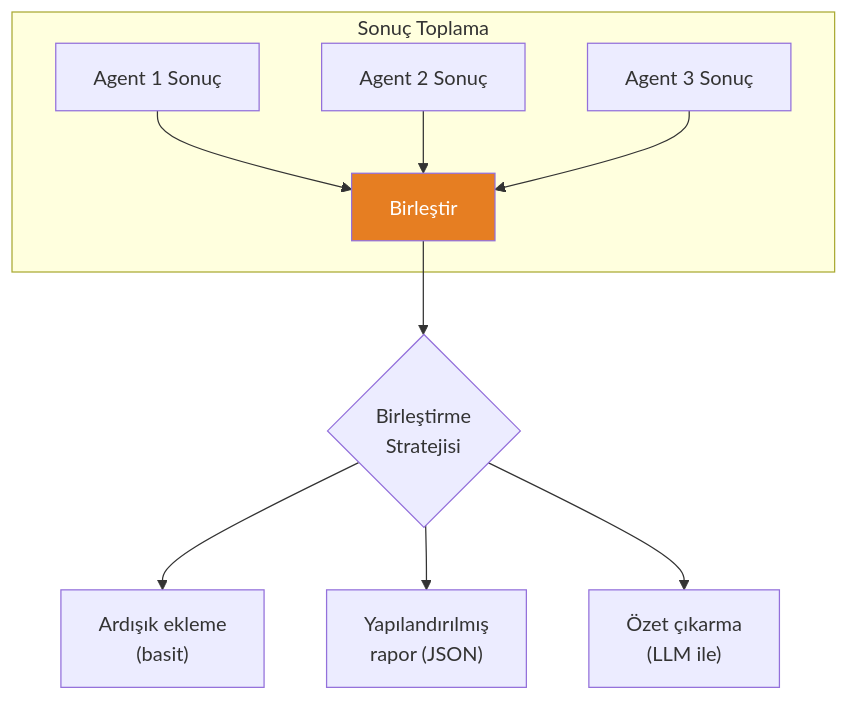
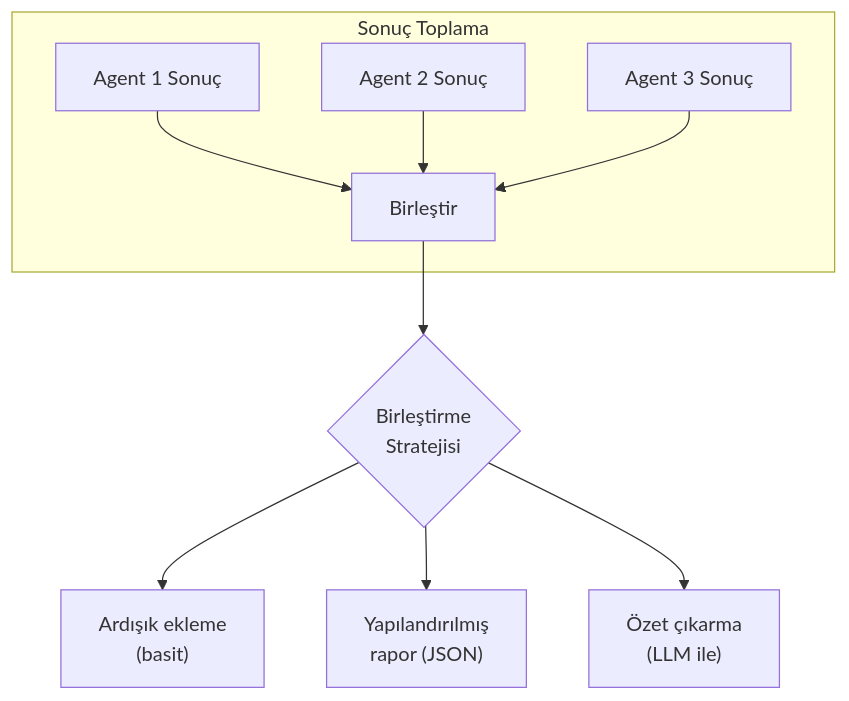
One commit to IzzetYasinAtes/ClaudeCodeHandbook changed the sixth of 7 diagrams in 13-subagentlar-ve-agent-takimlari/05-agent-tool-kullanimi.md. Above: the diagram before and after it, drawn with Mermaid. The commit also changed other lines of this file and 97 other files, not shown here.

Commit message:
Remove all custom Mermaid style/fill colors from 98 markdown files for consistent dark theme rendering

````diff
--- a/13-subagentlar-ve-agent-takimlari/05-agent-tool-kullanimi.md
+++ b/13-subagentlar-ve-agent-takimlari/05-agent-tool-kullanimi.md
@@ -568,16 +560,15 @@
 ```mermaid
 flowchart TD
     subgraph collect ["Sonuç Toplama"]
         R1["Agent 1 Sonuç"] --> MERGE["Birleştir"]
         R2["Agent 2 Sonuç"] --> MERGE
         R3["Agent 3 Sonuç"] --> MERGE
     end
 
     MERGE --> FORMAT{"Birleştirme<br/>Stratejisi"}
 
     FORMAT --> CONCAT["Ardışık ekleme<br/>(basit)"]
     FORMAT --> STRUCTURED["Yapılandırılmış<br/>rapor (JSON)"]
     FORMAT --> SUMMARY["Özet çıkarma<br/>(LLM ile)"]
 
-    style MERGE fill:#E67E22,color:#fff
 ```
````
